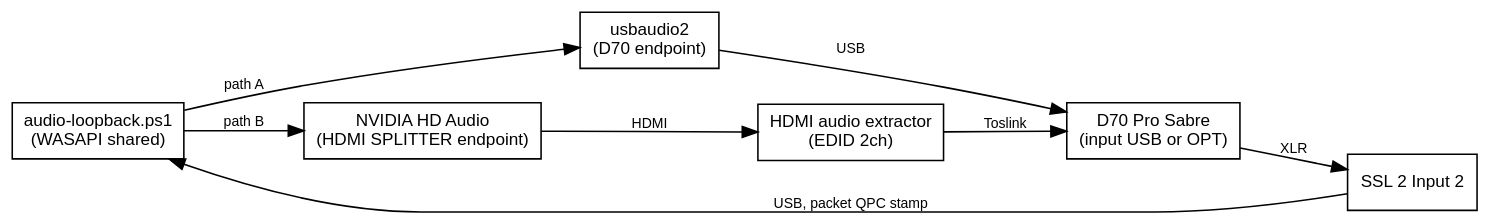
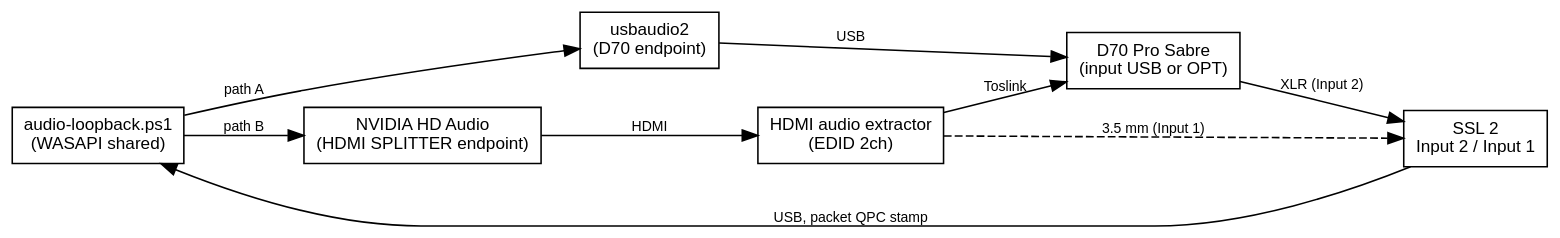
The diagram in src/content/docs/guides/gpu-hdmi-audio-vs-usb-dac-latency-windows.mdx (erfianugrah/lexicanum), drawn with Graphviz before and after one commit. The commit also changed other lines of this file and 1 other file, not shown here.

````diff
--- a/src/content/docs/guides/gpu-hdmi-audio-vs-usb-dac-latency-windows.mdx
+++ b/src/content/docs/guides/gpu-hdmi-audio-vs-usb-dac-latency-windows.mdx
@@ -43,21 +45,22 @@
 ```dot
 digraph {
   rankdir=LR; bgcolor="transparent"; nodesep=0.3; ranksep=0.7;
   fontname="Helvetica,Arial,sans-serif";
   node [fontname="Helvetica,Arial,sans-serif", fontsize=11, shape=box];
   edge [fontname="Helvetica,Arial,sans-serif", fontsize=9];
   app [label="audio-loopback.ps1\n(WASAPI shared)"];
   usb [label="usbaudio2\n(D70 endpoint)"];
   nv [label="NVIDIA HD Audio\n(HDMI SPLITTER endpoint)"];
   ext [label="HDMI audio extractor\n(EDID 2ch)"];
   dac [label="D70 Pro Sabre\n(input USB or OPT)"];
-  ssl [label="SSL 2 Input 2"];
+  ssl [label="SSL 2\nInput 2 / Input 1"];
   app -> usb [label="path A"];
   app -> nv [label="path B"];
   usb -> dac [label="USB"];
   nv -> ext [label="HDMI"];
   ext -> dac [label="Toslink"];
-  dac -> ssl [label="XLR"];
+  dac -> ssl [label="XLR (Input 2)"];
+  ext -> ssl [label="3.5 mm (Input 1)", style=dashed];
   ssl -> app [label="USB, packet QPC stamp"];
 }
 ```
````
